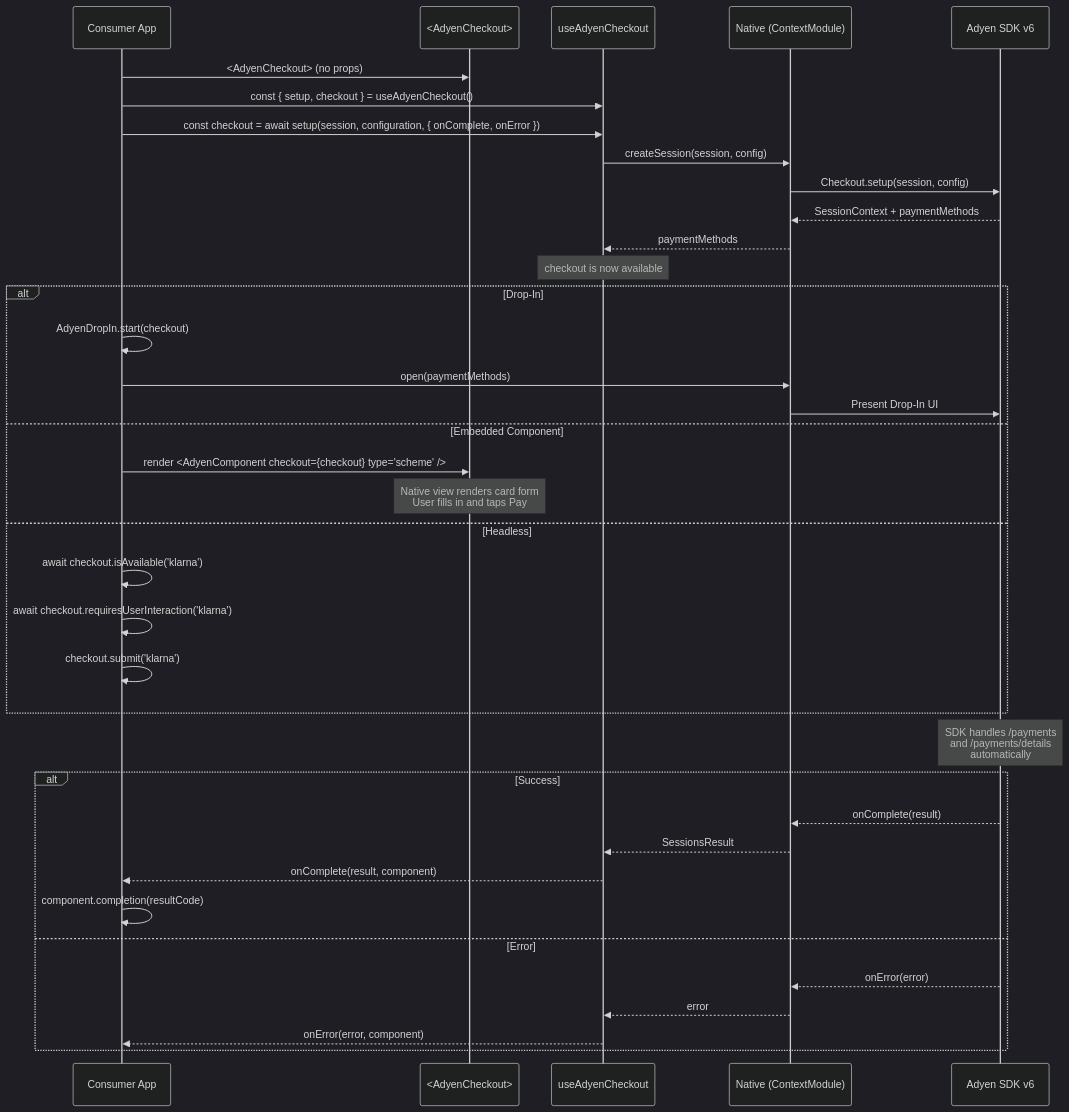
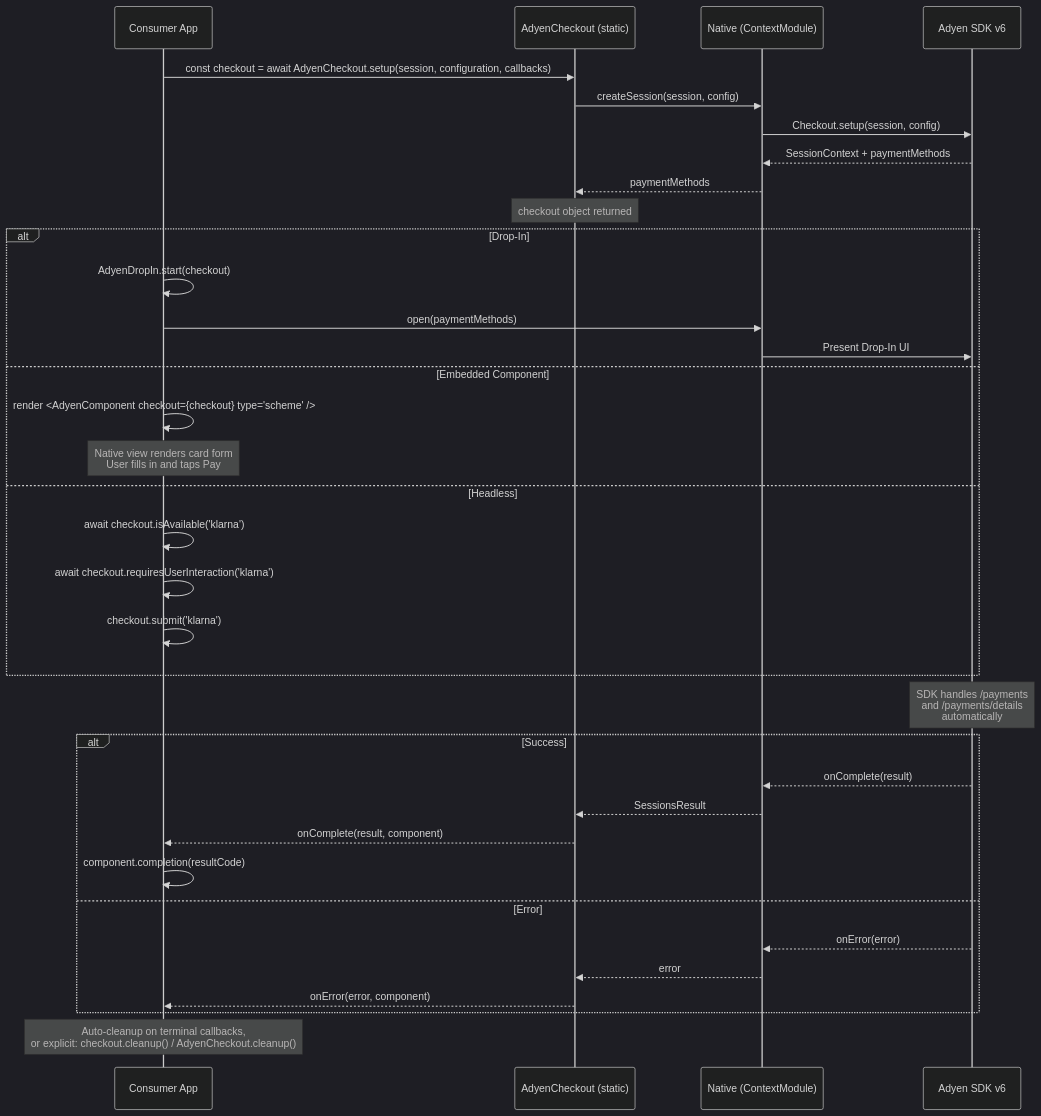
One commit to Adyen/adyen-react-native changed the first of 4 diagrams in docs/public-api-flows.md. Above: the diagram before and after it, drawn with Mermaid (dark theme). The commit also changed other lines of this file and 26 other files, not shown here.

First line of the commit message:
refactor: replace AdyenCheckout provider with static API (Option B)

````diff
--- a/docs/public-api-flows.md
+++ b/docs/public-api-flows.md
@@ -5,44 +5,42 @@
 ```mermaid
 sequenceDiagram
     participant App as Consumer App
-    participant AC as <AdyenCheckout>
-    participant Hook as useAdyenCheckout
+    participant AC as AdyenCheckout (static)
     participant Native as Native (ContextModule)
     participant SDK as Adyen SDK v6
 
-    App->>AC: <AdyenCheckout> (no props)
-    App->>Hook: const { setup, checkout } = useAdyenCheckout()
-
-    App->>Hook: const checkout = await setup(session, configuration, { onComplete, onError })
-    Hook->>Native: createSession(session, config)
+    App->>AC: const checkout = await AdyenCheckout.setup(session, configuration, callbacks)
+    AC->>Native: createSession(session, config)
     Native->>SDK: Checkout.setup(session, config)
     SDK-->>Native: SessionContext + paymentMethods
-    Native-->>Hook: paymentMethods
-    Note over Hook: checkout is now available
+    Native-->>AC: paymentMethods
+    Note over AC: checkout object returned
 
     alt Drop-In
         App->>App: AdyenDropIn.start(checkout)
         App->>Native: open(paymentMethods)
         Native->>SDK: Present Drop-In UI
     else Embedded Component
-        App->>AC: render <AdyenComponent checkout={checkout} type="scheme" />
-        Note over AC: Native view renders card form<br/>User fills in and taps Pay
+        App->>App: render <AdyenComponent checkout={checkout} type="scheme" />
+        Note over App: Native view renders card form<br/>User fills in and taps Pay
     else Headless
         App->>App: await checkout.isAvailable('klarna')
         App->>App: await checkout.requiresUserInteraction('klarna')
         App->>App: checkout.submit('klarna')
     end
 
     Note over SDK: SDK handles /payments<br/>and /payments/details<br/>automatically
 
     alt Success
         SDK-->>Native: onComplete(result)
-        Native-->>Hook: SessionsResult
-        Hook-->>App: onComplete(result, component)
+        Native-->>AC: SessionsResult
+        AC-->>App: onComplete(result, component)
         App->>App: component.completion(resultCode)
     else Error
         SDK-->>Native: onError(error)
-        Native-->>Hook: error
-        Hook-->>App: onError(error, component)
+        Native-->>AC: error
+        AC-->>App: onError(error, component)
     end
+
+    Note over App: Auto-cleanup on terminal callbacks,<br/>or explicit: checkout.cleanup() / AdyenCheckout.cleanup()
 ```
````
